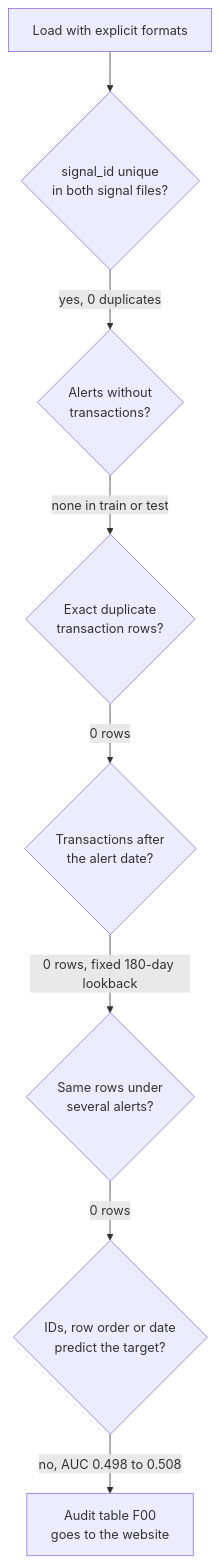
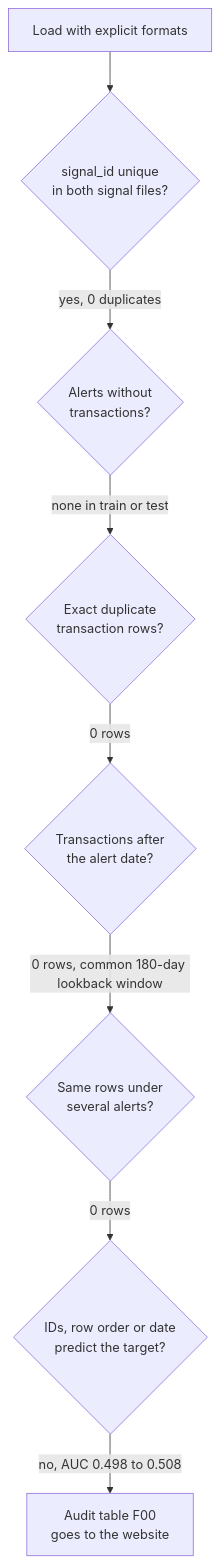
Before and after one commit to dilshodazamjonov/WuitHackathonRYM: the sixth of 12 diagrams in todo.md, drawn with Mermaid. The commit also changed other lines of this file and 25 other files, not shown here.

````diff
--- a/todo.md
+++ b/todo.md
@@ -337,10 +337,10 @@
 ```mermaid
 flowchart TD
     L[Load with explicit formats] --> K1{signal_id unique<br/>in both signal files?}
     K1 -->|yes, 0 duplicates| K2{Alerts without<br/>transactions?}
     K2 -->|none in train or test| K3{Exact duplicate<br/>transaction rows?}
     K3 -->|0 rows| K4{Transactions after<br/>the alert date?}
-    K4 -->|0 rows, fixed 180-day lookback| K5{Same rows under<br/>several alerts?}
+    K4 -->|0 rows, common 180-day lookback window| K5{Same rows under<br/>several alerts?}
     K5 -->|0 rows| K6{IDs, row order or date<br/>predict the target?}
     K6 -->|no, AUC 0.498 to 0.508| OK[Audit table F00<br/>goes to the website]
 ```
````
